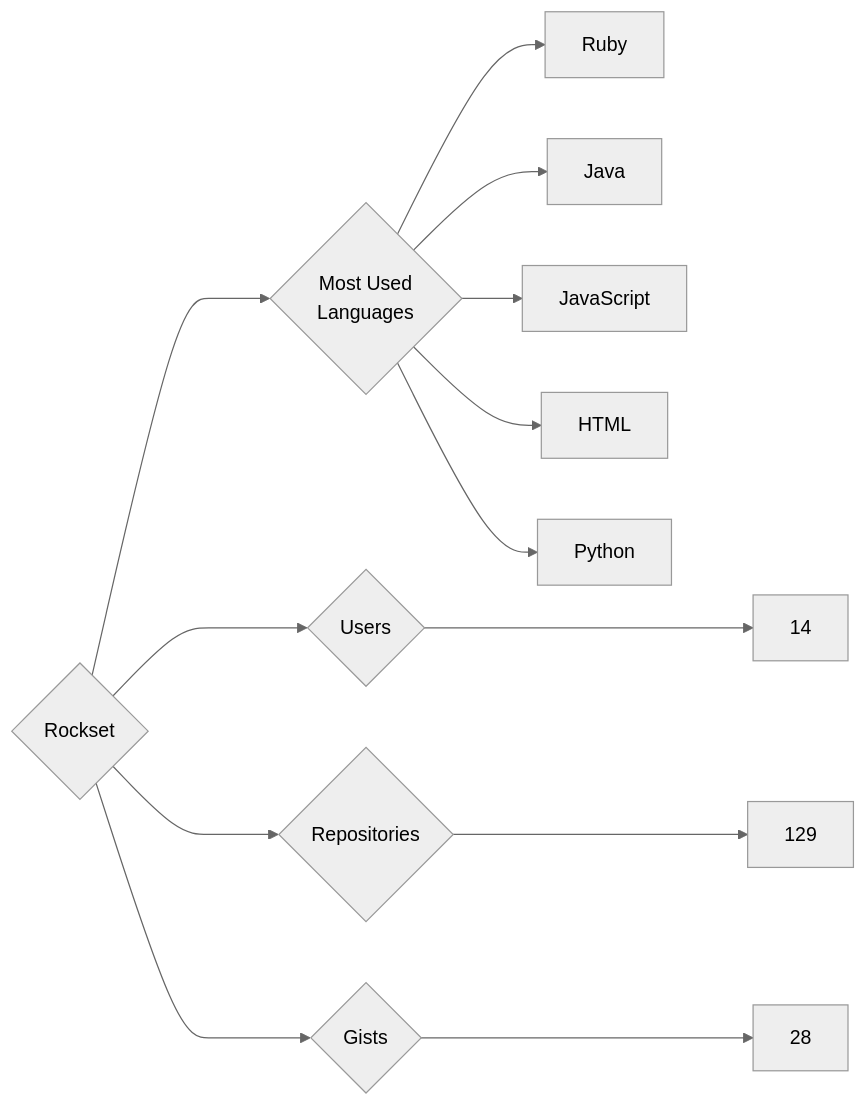
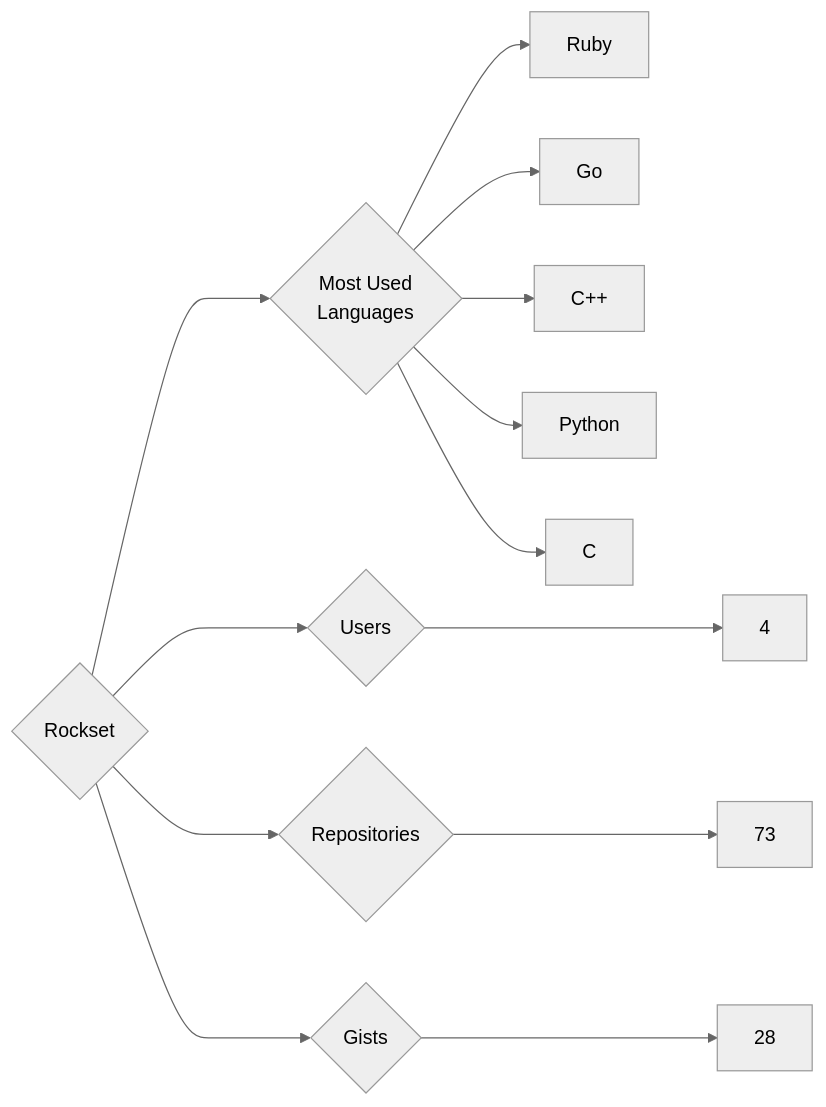
One commit to trickest/insiders changed the diagram in targets/Rockset/README.md. Above: the diagram before and after it, drawn with Mermaid (neutral theme). The commit also changed 823 other files, not shown here.

````diff
--- a/targets/Rockset/README.md
+++ b/targets/Rockset/README.md
@@ -3,13 +3,13 @@
 ```mermaid
 graph LR
 COMPANY_NAME{Rockset}
-COMPANY_NAME ---> U{Users} ---> UN[14]
-COMPANY_NAME ---> R{Repositories} ---> RN[129]
+COMPANY_NAME ---> U{Users} ---> UN[4]
+COMPANY_NAME ---> R{Repositories} ---> RN[73]
 COMPANY_NAME ---> G{Gists} ---> GN[28]
 COMPANY_NAME ---> ML{Most Used<br>Languages}
 ML --> Ruby[Ruby]
-ML --> Java[Java]
-ML --> JavaScript[JavaScript]
-ML --> HTML[HTML]
+ML --> Go[Go]
+ML --> C++[C++]
 ML --> Python[Python]
+ML --> C[C]
 ```
````
